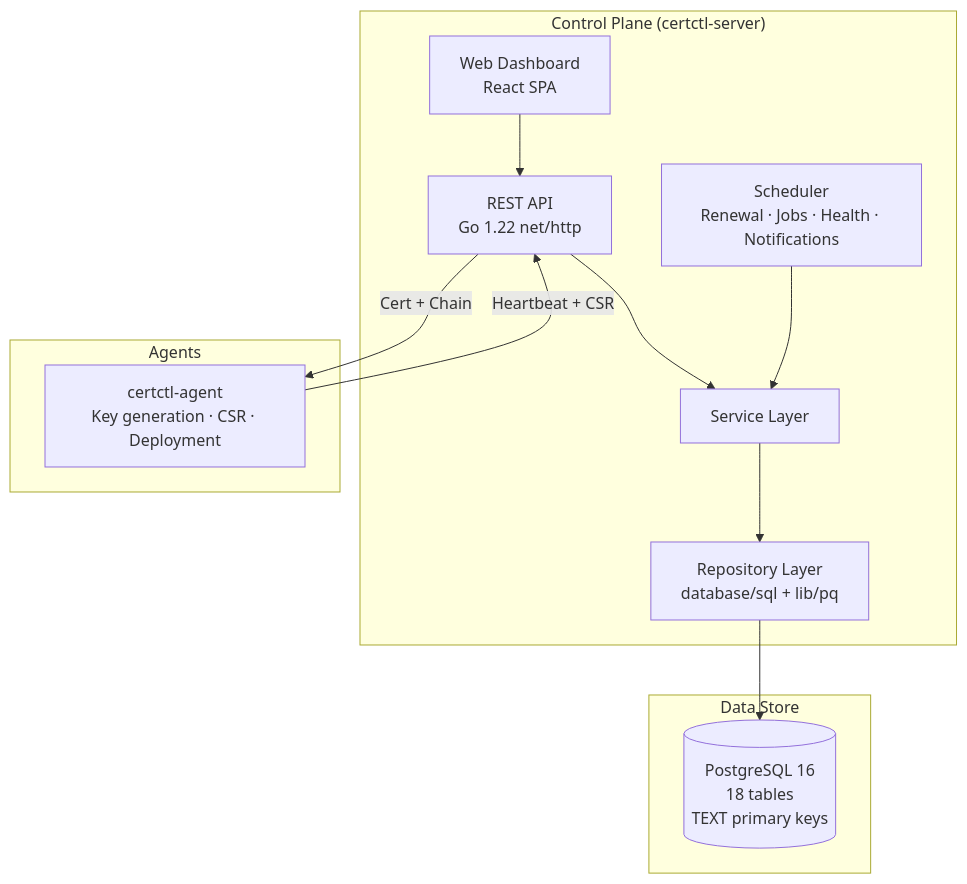
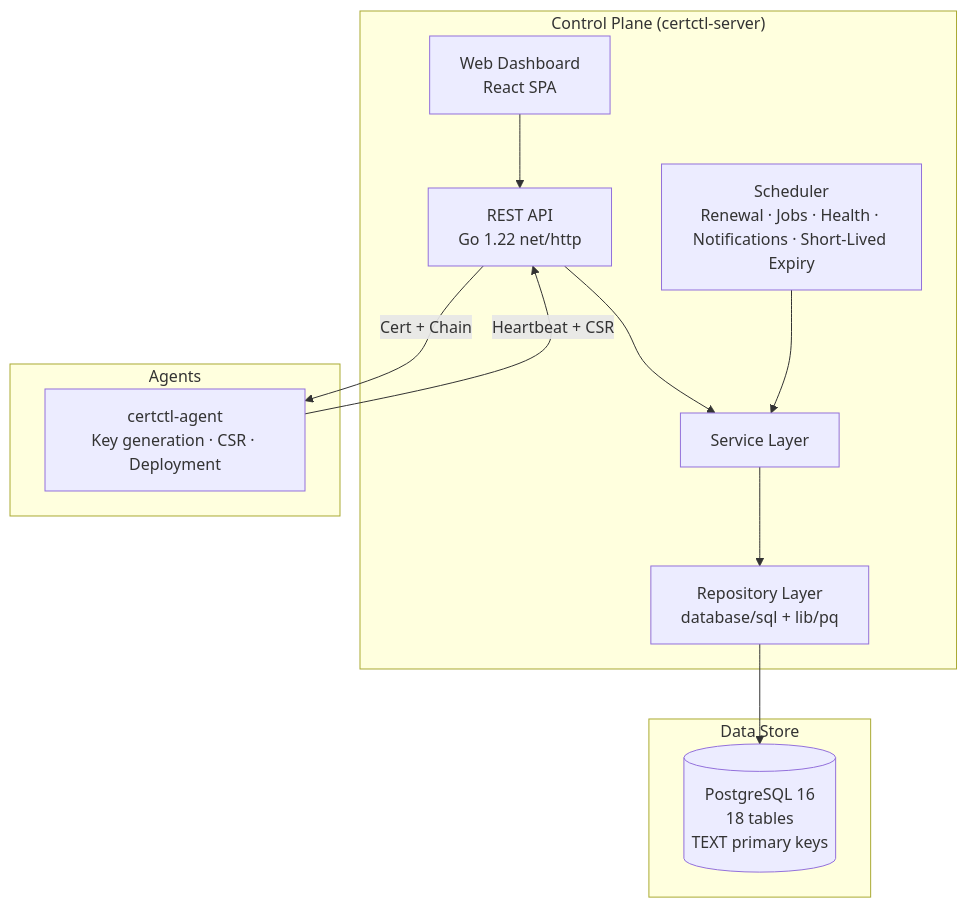
Before and after one commit to certctl-io/certctl: the second of 2 diagrams in README.md, drawn with Mermaid. The commit also changed other lines of this file, not shown here.

First line of the commit message:
docs: restructure V2 roadmap milestones, add missing env vars to README

````diff
--- a/README.md
+++ b/README.md
@@ -108,24 +108,24 @@
 ```mermaid
 flowchart TB
     subgraph "Control Plane (certctl-server)"
         DASH["Web Dashboard\nReact SPA"]
         API["REST API\nGo 1.22 net/http"]
         SVC["Service Layer"]
         REPO["Repository Layer\ndatabase/sql + lib/pq"]
-        SCHED["Scheduler\nRenewal · Jobs · Health · Notifications"]
+        SCHED["Scheduler\nRenewal · Jobs · Health · Notifications · Short-Lived Expiry"]
     end
 
     subgraph "Data Store"
         PG[("PostgreSQL 16\n18 tables\nTEXT primary keys")]
     end
 
     subgraph "Agents"
         AG["certctl-agent\nKey generation · CSR · Deployment"]
     end
 
     DASH --> API
     API --> SVC --> REPO --> PG
     SCHED --> SVC
     AG -->|"Heartbeat + CSR"| API
     API -->|"Cert + Chain"| AG
 ```
````
